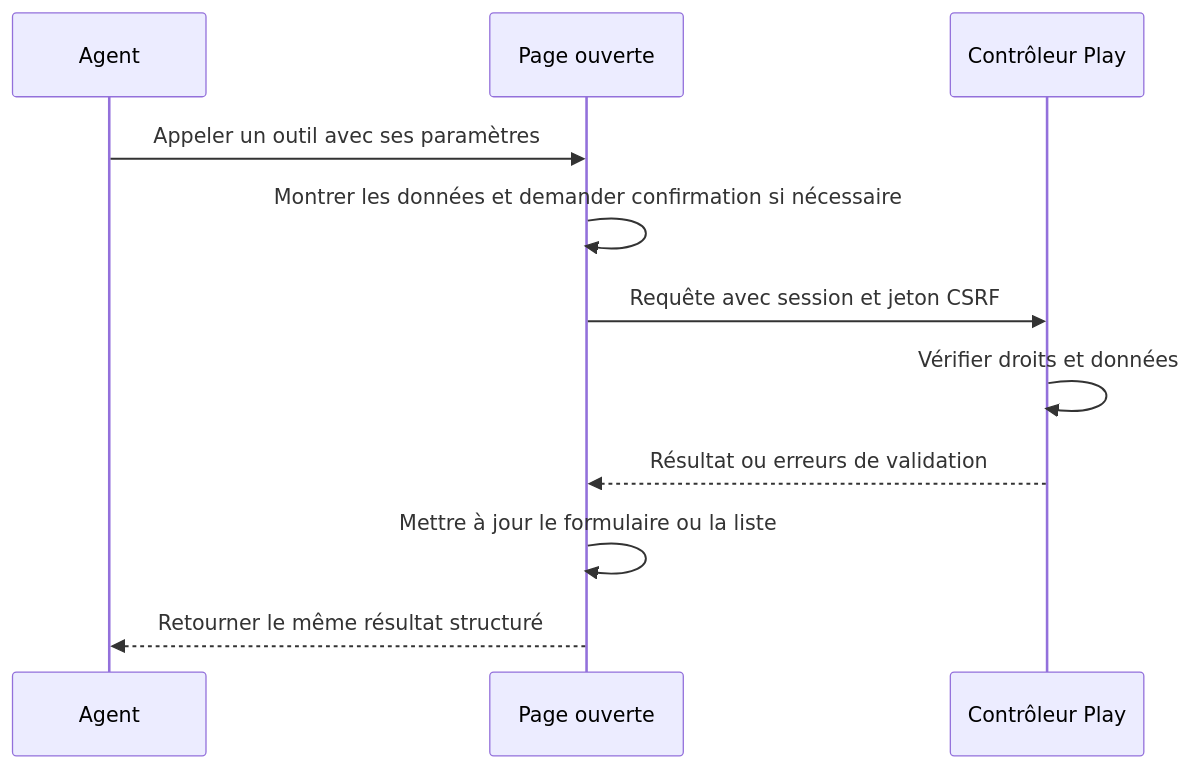
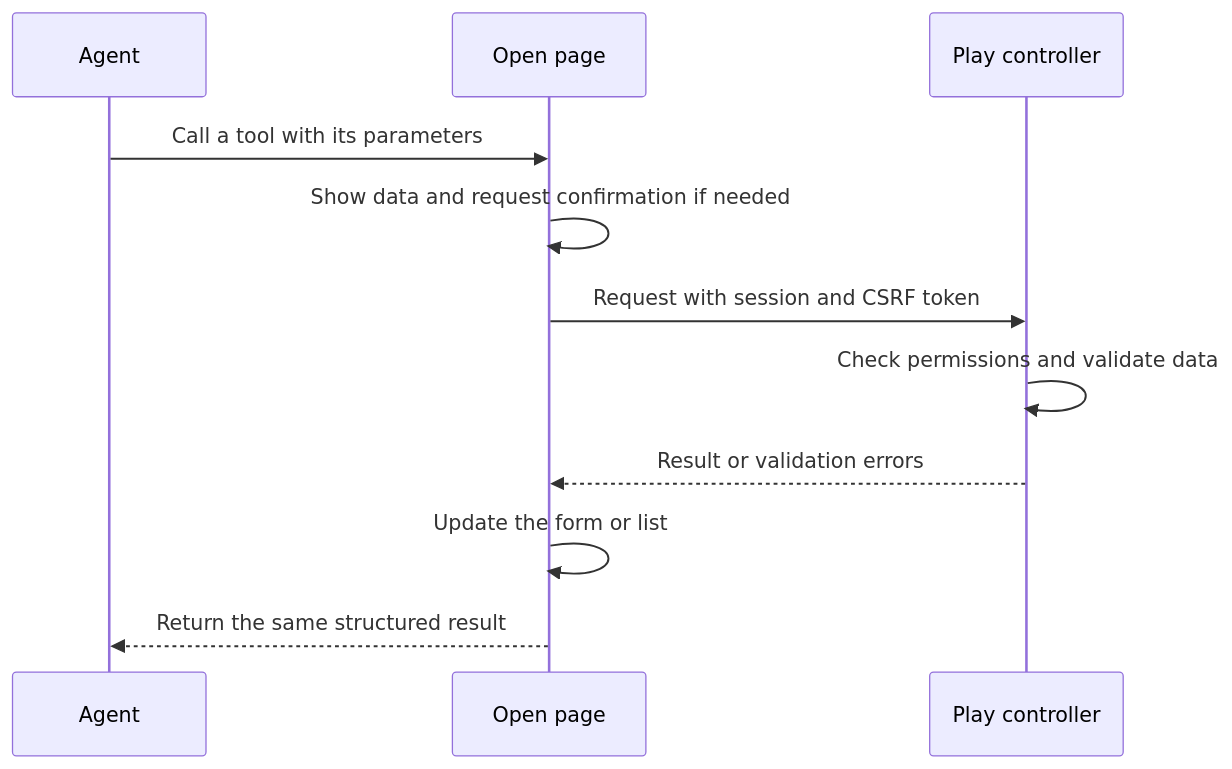
Before and after one commit to AlexusEl/play-webmcp: the second of 2 diagrams in README.md, drawn with Mermaid. The commit also changed other lines of this file, not shown here.

````diff
--- a/README.md
+++ b/README.md
@@ -188,13 +188,13 @@
 ```mermaid
 sequenceDiagram
     participant A as Agent
-    participant B as Page ouverte
-    participant P as Contrôleur Play
-    A->>B: Appeler un outil avec ses paramètres
-    B->>B: Montrer les données et demander confirmation si nécessaire
-    B->>P: Requête avec session et jeton CSRF
-    P->>P: Vérifier droits et données
-    P-->>B: Résultat ou erreurs de validation
-    B->>B: Mettre à jour le formulaire ou la liste
-    B-->>A: Retourner le même résultat structuré
+    participant B as Open page
+    participant P as Play controller
+    A->>B: Call a tool with its parameters
+    B->>B: Show data and request confirmation if needed
+    B->>P: Request with session and CSRF token
+    P->>P: Check permissions and validate data
+    P-->>B: Result or validation errors
+    B->>B: Update the form or list
+    B-->>A: Return the same structured result
 ```
````
